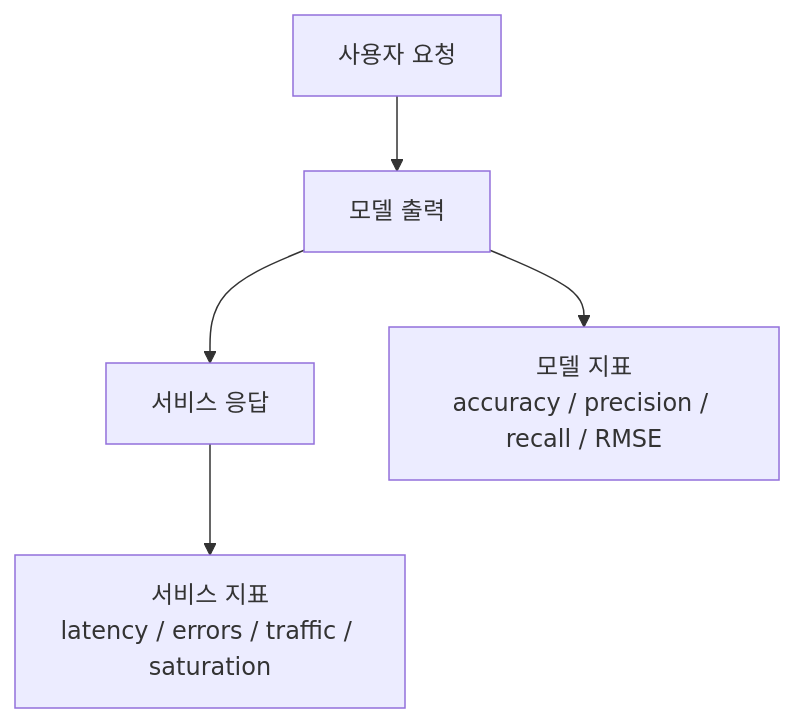
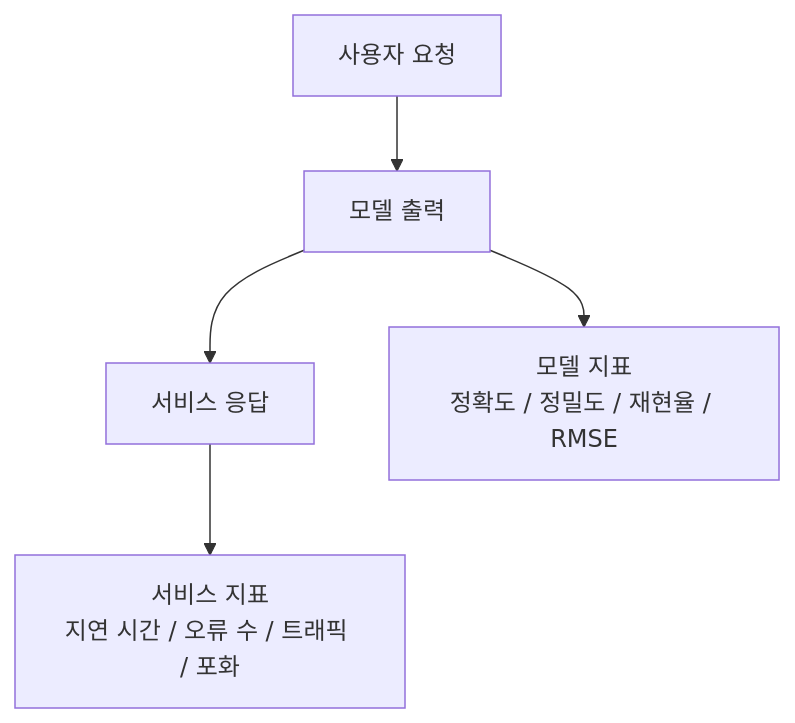
One commit to devchan64/AiBook changed the diagram in docs/assets/part-04/chapter-06/p4-6-3-mermaid-01-ko.mmd. Above: the diagram before and after it, drawn with Mermaid. The commit also changed 87 other files, not shown here.

Commit message:
Refine Part 4 Korean and Chinese diagram localization

```diff
--- a/docs/assets/part-04/chapter-06/p4-6-3-mermaid-01-ko.mmd
+++ b/docs/assets/part-04/chapter-06/p4-6-3-mermaid-01-ko.mmd
@@ -1,10 +1,10 @@
 flowchart TD
   A["사용자 요청"]
   B["모델 출력"]
   C["서비스 응답"]
-  D["모델 지표<br/>accuracy / precision / recall / RMSE"]
-  E["서비스 지표<br/>latency / errors / traffic / saturation"]
+  D["모델 지표<br/>정확도 / 정밀도 / 재현율 / RMSE"]
+  E["서비스 지표<br/>지연 시간 / 오류 수 / 트래픽 / 포화"]
 
   A --> B --> C
   B --> D
   C --> E
```
